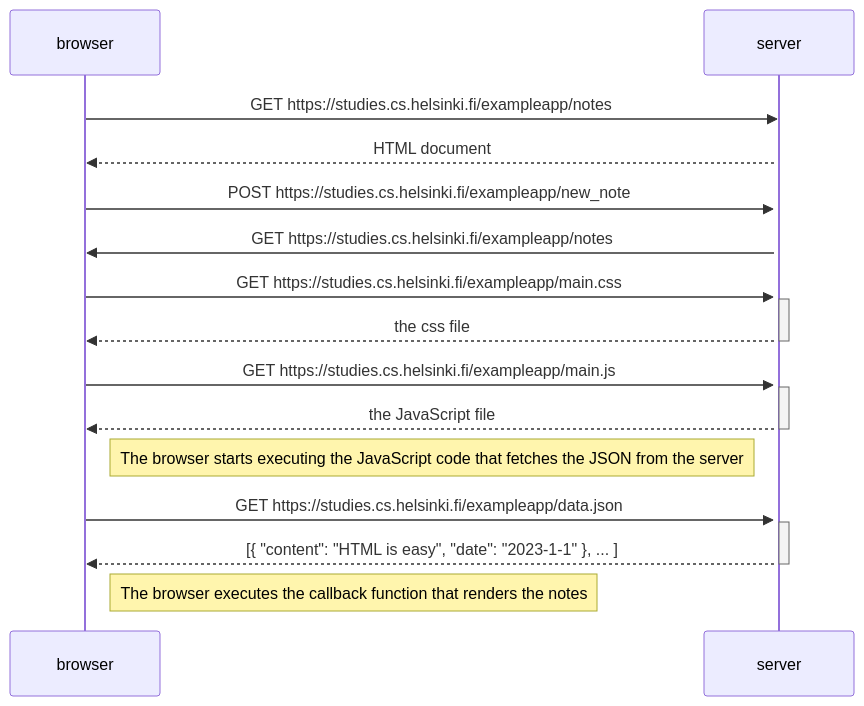
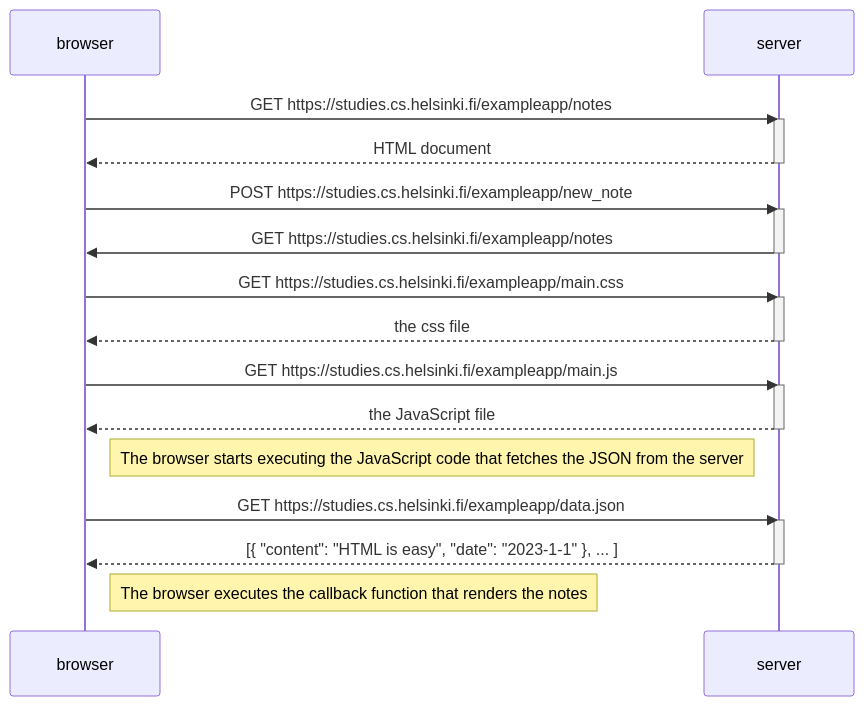
Before and after one commit to sarmen-t/fullstackopen: the diagram in part0.md, drawn with Mermaid.

````diff
--- a/part0.md
+++ b/part0.md
@@ -4,32 +4,29 @@
 ```mermaid
 sequenceDiagram
     participant browser
     participant server
 
     browser->>server: GET https://studies.cs.helsinki.fi/exampleapp/notes
     activate server
     server-->>browser: HTML document
-
+    deactivate server
     browser->>server: POST https://studies.cs.helsinki.fi/exampleapp/new_note
+    activate server
+    server->>browser: GET https://studies.cs.helsinki.fi/exampleapp/notes
+    deactivate server
     
-    server->>browser: GET https://studies.cs.helsinki.fi/exampleapp/notes
-
     browser->>server: GET https://studies.cs.helsinki.fi/exampleapp/main.css
     activate server
     server-->>browser: the css file
     deactivate server
-
     browser->>server: GET https://studies.cs.helsinki.fi/exampleapp/main.js
     activate server
     server-->>browser: the JavaScript file
     deactivate server
-
     Note right of browser: The browser starts executing the JavaScript code that fetches the JSON from the server
-
     browser->>server: GET https://studies.cs.helsinki.fi/exampleapp/data.json
     activate server
     server-->>browser: [{ "content": "HTML is easy", "date": "2023-1-1" }, ... ]
     deactivate server
-
     Note right of browser: The browser executes the callback function that renders the notes
 ```
````
